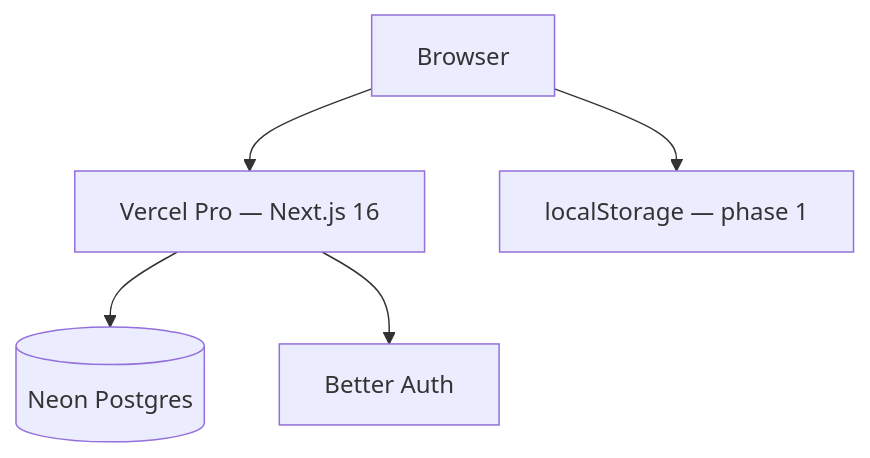
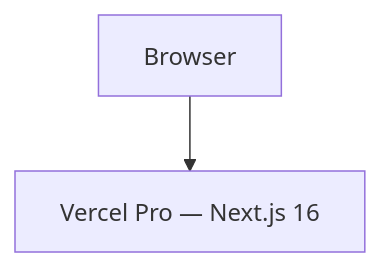
One commit to percdotdev/bindr changed the third of 4 diagrams in .docs/SPEC.md. Above: the diagram before and after it, drawn with Mermaid. The commit also changed other lines of this file and 64 other files, not shown here.

First line of the commit message:
refactor(auth): remove Better Auth integration and related components

````diff
--- a/.docs/SPEC.md
+++ b/.docs/SPEC.md
@@ -348,7 +317,4 @@
 ```mermaid
 flowchart TB
   User[Browser] --> Vercel[Vercel Pro — Next.js 16]
-  Vercel --> Neon[(Neon Postgres)]
-  Vercel --> BA[Better Auth]
-  User --> LS[localStorage — phase 1]
 ```
````
